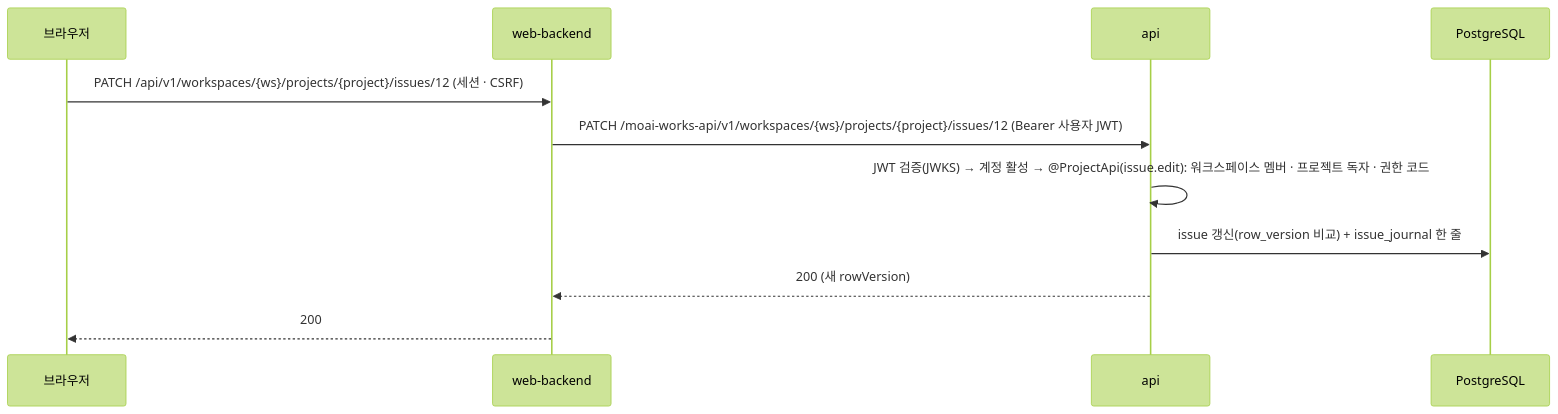
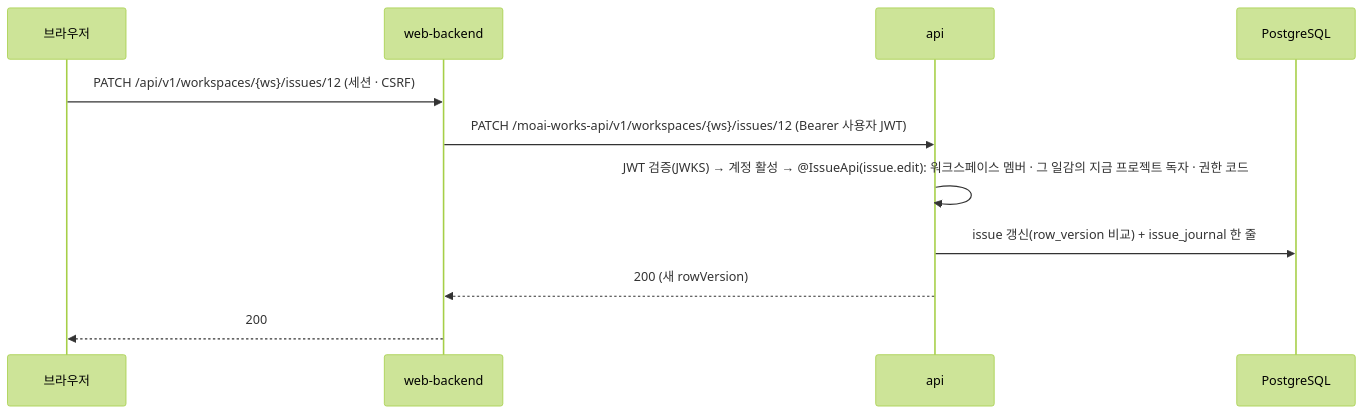
One commit to Gnori/moai-works changed the first of 2 diagrams in docs/design/01-architecture.md. Above: the diagram before and after it, drawn with Mermaid (forest theme). The commit also changed 22 other files, not shown here.

````diff
--- a/docs/design/01-architecture.md
+++ b/docs/design/01-architecture.md
@@ -74,13 +74,13 @@
 ```mermaid
 sequenceDiagram
     participant U as 브라우저
     participant B as web-backend
     participant A as api
     participant DB as PostgreSQL
-    U->>B: PATCH /api/v1/workspaces/{ws}/projects/{project}/issues/12 (세션 · CSRF)
-    B->>A: PATCH /moai-works-api/v1/workspaces/{ws}/projects/{project}/issues/12 (Bearer 사용자 JWT)
-    A->>A: JWT 검증(JWKS) → 계정 활성 → @ProjectApi(issue.edit): 워크스페이스 멤버 · 프로젝트 독자 · 권한 코드
+    U->>B: PATCH /api/v1/workspaces/{ws}/issues/12 (세션 · CSRF)
+    B->>A: PATCH /moai-works-api/v1/workspaces/{ws}/issues/12 (Bearer 사용자 JWT)
+    A->>A: JWT 검증(JWKS) → 계정 활성 → @IssueApi(issue.edit): 워크스페이스 멤버 · 그 일감의 지금 프로젝트 독자 · 권한 코드
     A->>DB: issue 갱신(row_version 비교) + issue_journal 한 줄
     A-->>B: 200 (새 rowVersion)
     B-->>U: 200
 ```
````
